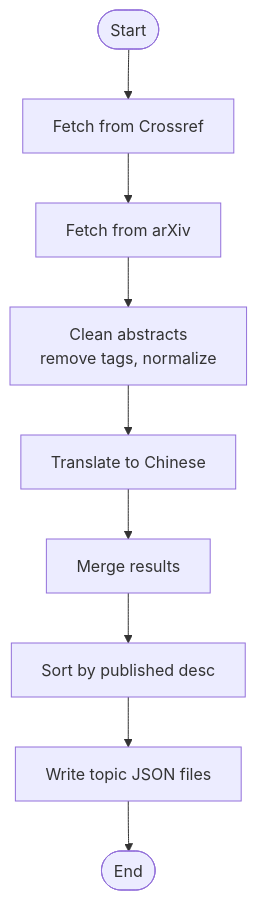
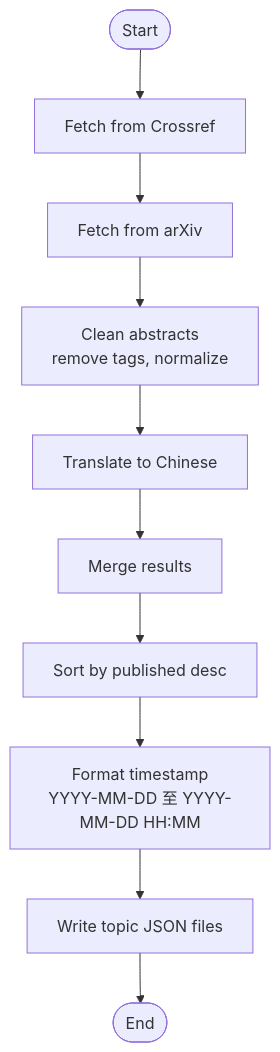
Before and after one commit to junxie01/cryoseismology_papers: the third of 5 diagrams in .qoder/repowiki/en/content/Data Management.md, drawn with Mermaid. The commit also changed other lines of this file and 4 other files, not shown here.

````diff
--- a/.qoder/repowiki/en/content/Data Management.md
+++ b/.qoder/repowiki/en/content/Data Management.md
@@ -192,11 +206,12 @@
 ```mermaid
 flowchart TD
 Start(["Start"]) --> Fetch1["Fetch from Crossref"]
 Fetch1 --> Fetch2["Fetch from arXiv"]
 Fetch2 --> Clean["Clean abstracts<br/>remove tags, normalize"]
 Clean --> Translate["Translate to Chinese"]
 Translate --> Merge["Merge results"]
 Merge --> Sort["Sort by published desc"]
-Sort --> Write["Write topic JSON files"]
+Sort --> Timestamp["Format timestamp<br/>YYYY-MM-DD 至 YYYY-MM-DD HH:MM"]
+Timestamp --> Write["Write topic JSON files"]
 Write --> End(["End"])
 ```
````
